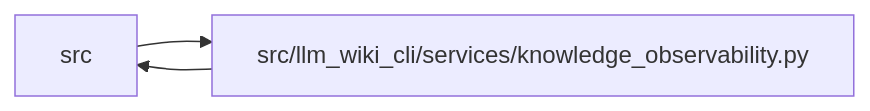
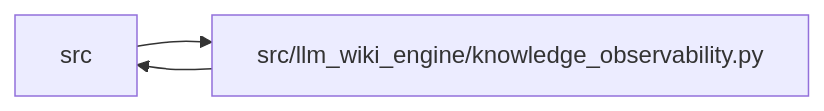
One commit to Denissvgn/python-wiki-llm changed the diagram in docs/llm_wiki/modules/knowledge_observability.md. Above: the diagram before and after it, drawn with Mermaid. The commit also changed other lines of this file and 1058 other files, not shown here.

First line of the commit message:
docs: refresh the wiki for the knowledge store move

````diff
--- a/docs/llm_wiki/modules/knowledge_observability.md
+++ b/docs/llm_wiki/modules/knowledge_observability.md
@@ -40,8 +40,8 @@
 ```mermaid
 flowchart LR
     n0["src"]
-    n1["src/llm_wiki_cli/services/knowledge_observability.py"]
+    n1["src/llm_wiki_engine/knowledge_observability.py"]
     n0 --> n1
     n1 --> n0
     click n1 "../modules/knowledge_observability.md"
 ```
````
